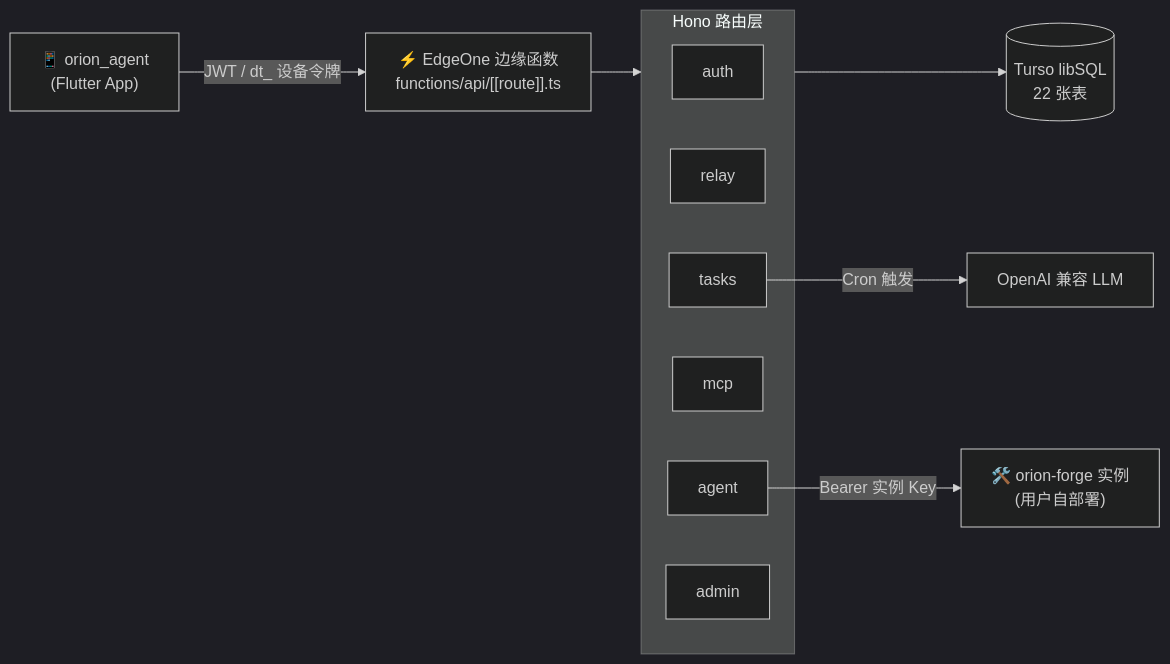
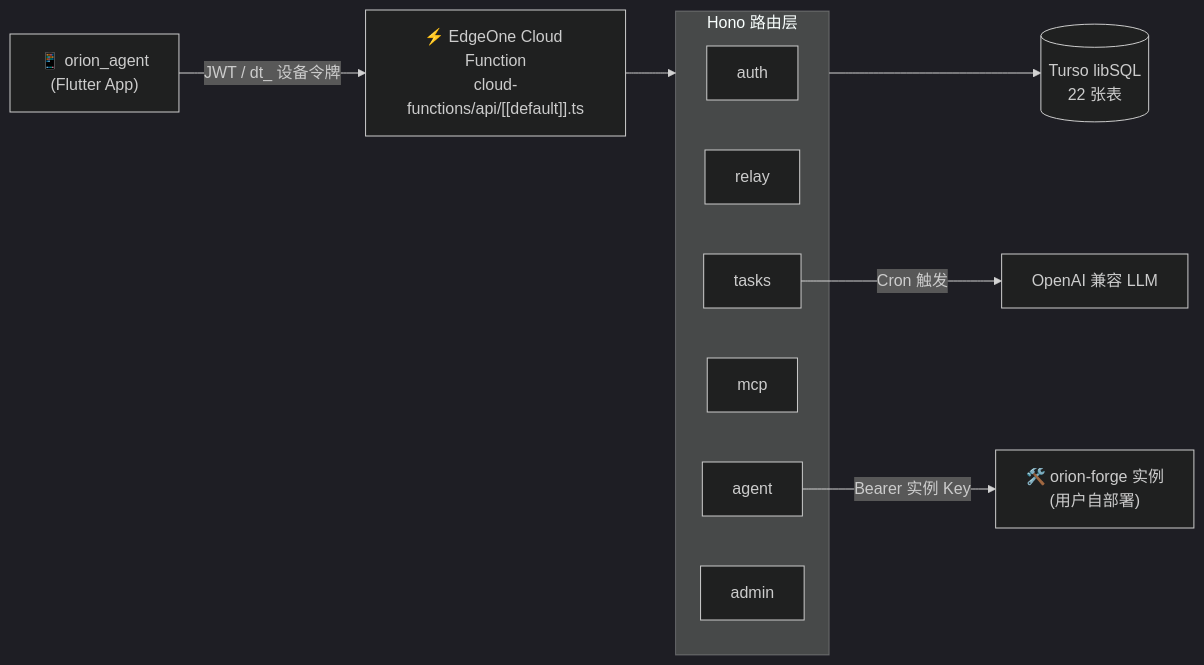
Before and after one commit to suanx/orion_agent_cloud: the diagram in README.md, drawn with Mermaid (dark theme). The commit also changed other lines of this file and 1 other file, not shown here.

Commit message:
docs: 同步 README 与注释到 cloud-functions 迁移后的实际路径

````diff
--- a/README.md
+++ b/README.md
@@ -36,16 +36,16 @@
 ```mermaid
 flowchart LR
-    APP["📱 orion_agent\n(Flutter App)"] -- "JWT / dt_ 设备令牌" --> API["⚡ EdgeOne 边缘函数\nfunctions/api/[[route]].ts"]
+    APP["📱 orion_agent\n(Flutter App)"] -- "JWT / dt_ 设备令牌" --> API["⚡ EdgeOne Cloud Function\ncloud-functions/api/[[default]].ts"]
     subgraph svc["Hono 路由层"]
         AUTH["auth"]
         RELAY["relay"]
         TASKS["tasks"]
         MCP["mcp"]
         AGENT["agent"]
         ADMIN["admin"]
     end
     API --> svc
     svc --> DB[("Turso libSQL\n22 张表")]
     AGENT -- "Bearer 实例 Key" --> FORGE["🛠️ orion-forge 实例\n(用户自部署)"]
     TASKS -- "Cron 触发" --> LLM["OpenAI 兼容 LLM"]
 ```
````
